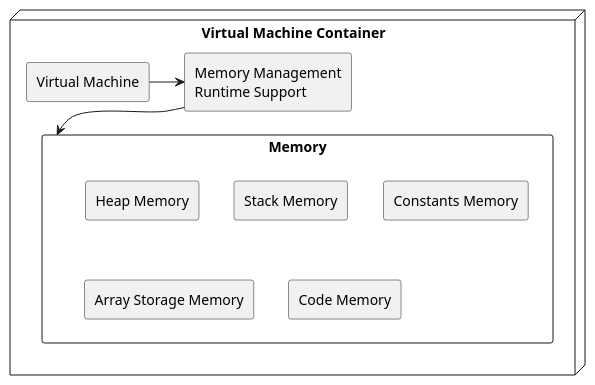
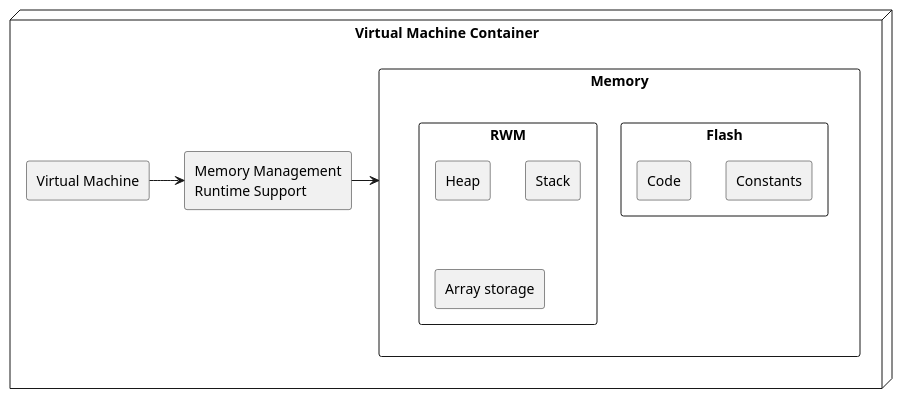
Before and after one commit to SynchronVM/SynchronVM: the second of 4 diagrams in spec/architecture.md, drawn with PlantUML. The commit also changed other lines of this file, not shown here.

````diff
--- a/spec/architecture.md
+++ b/spec/architecture.md
@@ -61,19 +65,23 @@
 ```plantuml
 node "Virtual Machine Container" {
 	
    	rectangle "Memory" as mem {
-		rectangle "Heap Memory" 
-		rectangle "Stack Memory"
-		rectangle "Constants Memory"
-		rectangle "Array Storage Memory"
-		rectangle "Code Memory"
+		rectangle "Flash" {
+			rectangle "Constants"
+			rectangle "Code"
+		}
+		rectangle "RWM" {
+			rectangle "Heap" 
+			rectangle "Stack"
+			rectangle "Array storage"
+		}
 	}
 	rectangle "Virtual Machine" as vm
 		
 	rectangle "Memory Management\nRuntime Support" as mm
 	
 	vm -> mm 
-	mm --> mem
+	mm -> mem
 	
 }
 ``` 
````
